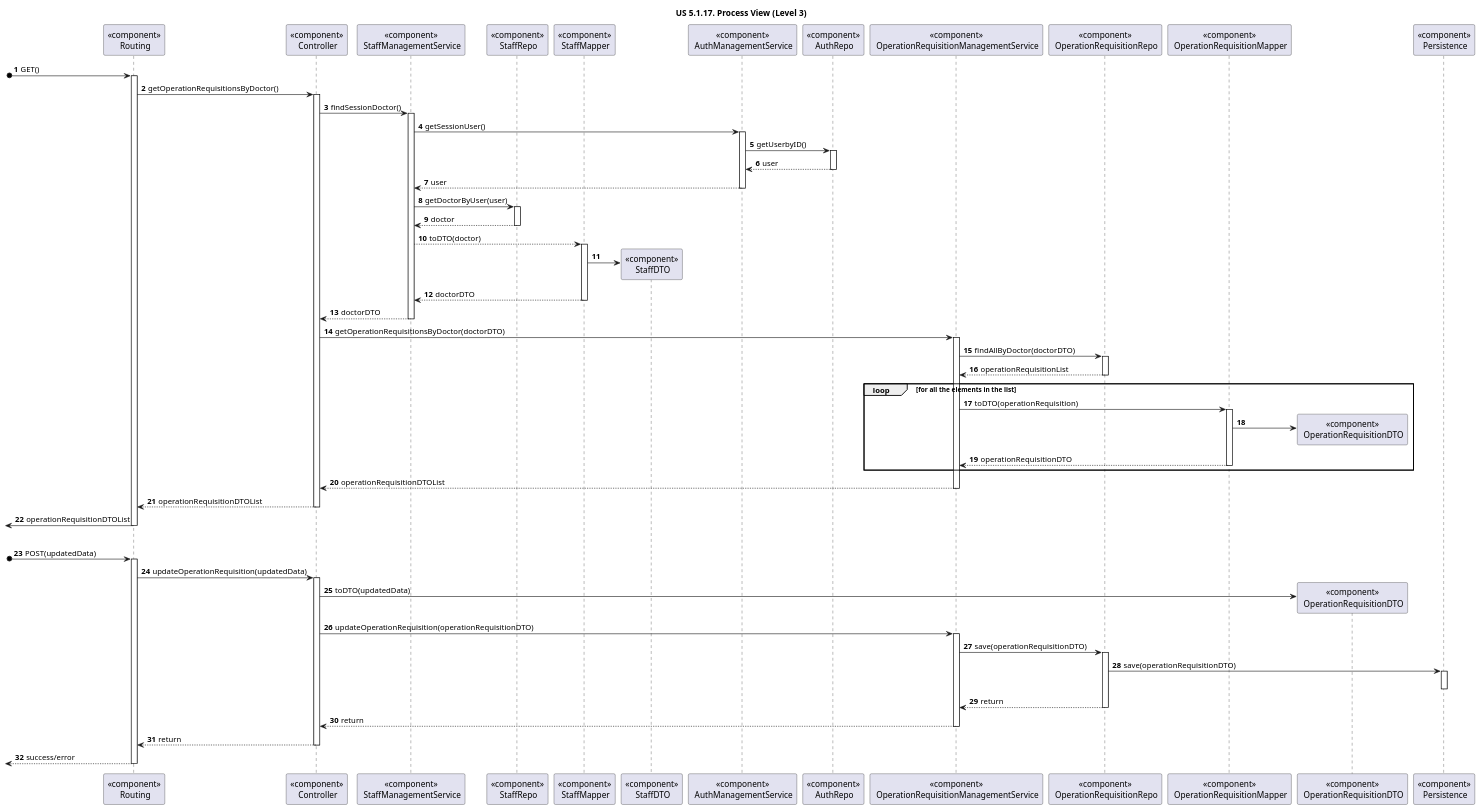
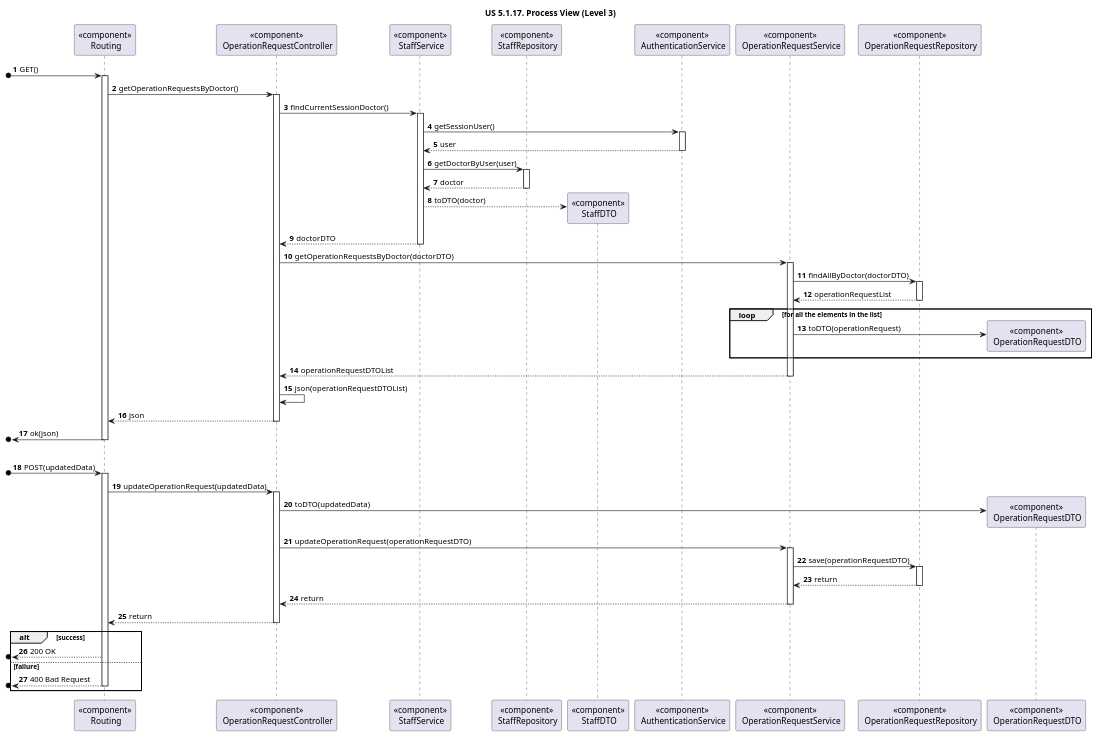
One commit to rita-barbosa/LAPR5-2425 changed the diagram in docs/sprint-1/1220683/us-5.1.17/diagrams/Process_View/Level-3/us17-process-view-lvl3.puml. Above: the diagram before and after it, drawn with PlantUML. The commit also changed 3 other files, not shown here.

Commit message:
DG38-29 | docs: process view diagrams update and design patterns justifications corrections

```diff
--- a/docs/sprint-1/1220683/us-5.1.17/diagrams/Process_View/Level-3/us17-process-view-lvl3.puml
+++ b/docs/sprint-1/1220683/us-5.1.17/diagrams/Process_View/Level-3/us17-process-view-lvl3.puml
@@ -1,126 +1,109 @@
 @startuml
 'https://plantuml.com/sequence-diagram
 
 title "US 5.1.17. Process View (Level 3)"
 
 autonumber
 
 participant "<<component>>\n Routing" as ROUTE
-participant "<<component>>\n Controller" as CONTROL
+participant "<<component>>\n OperationRequestController" as CONTROL
 
-participant "<<component>>\n StaffManagementService" as STAFFServ
-participant "<<component>>\n StaffRepo" as STAFFRepo
-participant "<<component>>\n StaffMapper" as STAFFMapper
-participant "<<component>>\n StaffDTO" as STAFFDTO
+participant "<<component>>\n StaffService" as STAFFServ
+participant "<<component>>\n StaffRepository" as STAFFRepo
+participant "<<component>>\n StaffDTO" as StaffDTO
 
-participant "<<component>>\n AuthManagementService" as AUTHServ
-participant "<<component>>\n AuthRepo" as AUTHRepo
+participant "<<component>>\n AuthenticationService" as AUTHServ
 
-participant "<<component>>\n OperationRequisitionManagementService" as OPREQServ
-participant "<<component>>\n OperationRequisitionRepo" as OPREQRepo
-participant "<<component>>\n OperationRequisitionMapper" as OPREQMapper
-participant "<<component>>\n OperationRequisitionDTO" as OPREQDTO
-
-participant "<<component>>\n Persistence" as PERSISTENCE
+participant "<<component>>\n OperationRequestService" as OPREQServ
+participant "<<component>>\n OperationRequestRepository" as OPREQRepo
+participant "<<component>>\n OperationRequestDTO" as OPREQDTO
 
 
 [o-> ROUTE : GET()
 activate ROUTE
 
-ROUTE -> CONTROL : getOperationRequisitionsByDoctor()
+ROUTE -> CONTROL : getOperationRequestsByDoctor()
 activate CONTROL
 
-CONTROL -> STAFFServ : findSessionDoctor()
+CONTROL -> STAFFServ : findCurrentSessionDoctor()
 activate STAFFServ
 
 STAFFServ -> AUTHServ : getSessionUser()
 activate AUTHServ
-
-AUTHServ -> AUTHRepo : getUserbyID()
-activate AUTHRepo
-
-AUTHRepo --> AUTHServ : user
-deactivate AUTHRepo
 
 AUTHServ --> STAFFServ : user
 deactivate AUTHServ
 
 STAFFServ -> STAFFRepo : getDoctorByUser(user)
 activate STAFFRepo
 
 STAFFRepo --> STAFFServ : doctor
 deactivate STAFFRepo
 
-STAFFServ --> STAFFMapper : toDTO(doctor)
-activate STAFFMapper
-
-STAFFMapper -> STAFFDTO **
-
-STAFFMapper --> STAFFServ : doctorDTO
-deactivate STAFFMapper
+STAFFServ --> StaffDTO ** : toDTO(doctor)
 
 STAFFServ --> CONTROL : doctorDTO
 deactivate STAFFServ
 
-CONTROL -> OPREQServ : getOperationRequisitionsByDoctor(doctorDTO)
+CONTROL -> OPREQServ : getOperationRequestsByDoctor(doctorDTO)
 activate OPREQServ
 
 OPREQServ -> OPREQRepo : findAllByDoctor(doctorDTO)
 activate OPREQRepo
 
-OPREQRepo --> OPREQServ : operationRequisitionList
+OPREQRepo --> OPREQServ : operationRequestList
 deactivate OPREQRepo
 
 loop for all the elements in the list
-OPREQServ -> OPREQMapper : toDTO(operationRequisition)
-activate OPREQMapper
+OPREQServ -> OPREQDTO ** : toDTO(operationRequest)
 
-OPREQMapper -> OPREQDTO **
-
-OPREQMapper --> OPREQServ : operationRequisitionDTO
-deactivate OPREQMapper
 end loop
 
-OPREQServ --> CONTROL : operationRequisitionDTOList
+OPREQServ --> CONTROL : operationRequestDTOList
 deactivate OPREQServ
 
-CONTROL --> ROUTE : operationRequisitionDTOList
+CONTROL -> CONTROL : json(operationRequestDTOList)
+
+CONTROL --> ROUTE : json
 deactivate CONTROL
 
-<- ROUTE : operationRequisitionDTOList
+[o<- ROUTE : ok(json)
 deactivate ROUTE
 
 |||
 
 [o-> ROUTE : POST(updatedData)
 activate ROUTE
 
-ROUTE -> CONTROL : updateOperationRequisition(updatedData)
+ROUTE -> CONTROL : updateOperationRequest(updatedData)
 activate CONTROL
 
 CONTROL -> OPREQDTO ** : toDTO(updatedData)
 
-CONTROL -> OPREQServ : updateOperationRequisition(operationRequisitionDTO)
+CONTROL -> OPREQServ : updateOperationRequest(operationRequestDTO)
 activate OPREQServ
 
-OPREQServ -> OPREQRepo : save(operationRequisitionDTO)
+OPREQServ -> OPREQRepo : save(operationRequestDTO)
 activate OPREQRepo
-
-OPREQRepo -> PERSISTENCE : save(operationRequisitionDTO)
-activate PERSISTENCE
-deactivate PERSISTENCE
 
 OPREQRepo --> OPREQServ : return
 deactivate OPREQRepo
 
 OPREQServ --> CONTROL : return
 deactivate OPREQServ
 
 CONTROL --> ROUTE : return
 deactivate CONTROL
 
-<-- ROUTE : success/error
+
+alt success
+[o<-- ROUTE : 200 OK
+
+else failure
+
+[o<-- ROUTE : 400 Bad Request
 deactivate ROUTE
+end alt
 
 
 @enduml
```
